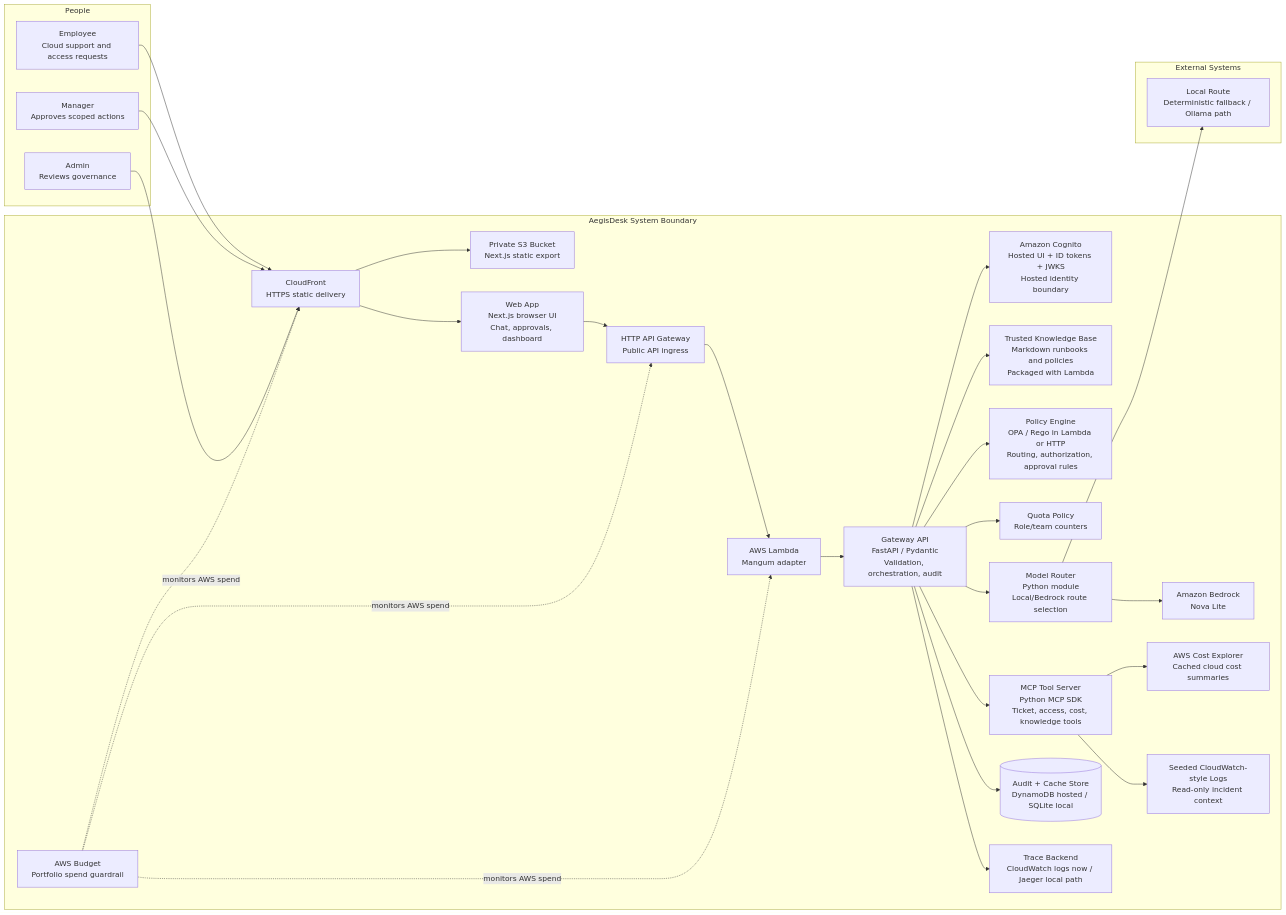
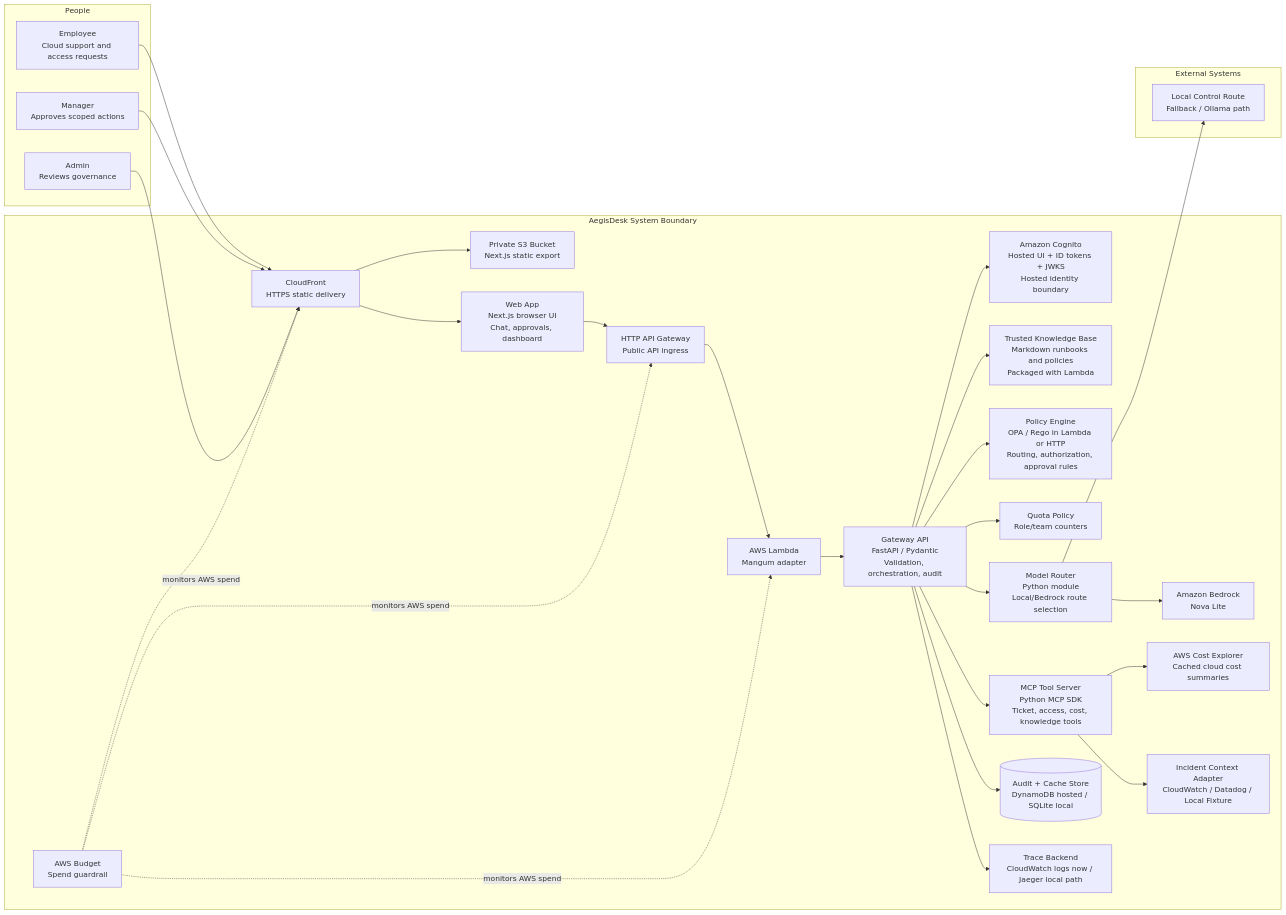
The diagram in docs/architecture.md (manynames3/aegisdesk-cloudops-control-plane), drawn with Mermaid before and after one commit. The commit also changed other lines of this file and 73 other files, not shown here.

````diff
--- a/docs/architecture.md
+++ b/docs/architecture.md
@@ -7,57 +7,57 @@
 ```mermaid
 flowchart LR
     subgraph People["People"]
         Employee["Employee<br/>Cloud support and access requests"]
         Manager["Manager<br/>Approves scoped actions"]
         Admin["Admin<br/>Reviews governance"]
     end
 
     subgraph AegisDesk["AegisDesk System Boundary"]
         CDN["CloudFront<br/>HTTPS static delivery"]
         Static["Private S3 Bucket<br/>Next.js static export"]
         Web["Web App<br/>Next.js browser UI<br/>Chat, approvals, dashboard"]
         APIGW["HTTP API Gateway<br/>Public API ingress"]
         Lambda["AWS Lambda<br/>Mangum adapter"]
         Auth["Amazon Cognito<br/>Hosted UI + ID tokens + JWKS<br/>Hosted identity boundary"]
         API["Gateway API<br/>FastAPI / Pydantic<br/>Validation, orchestration, audit"]
         Policy["Policy Engine<br/>OPA / Rego in Lambda or HTTP<br/>Routing, authorization, approval rules"]
         Knowledge["Trusted Knowledge Base<br/>Markdown runbooks and policies<br/>Packaged with Lambda"]
         Router["Model Router<br/>Python module<br/>Local/Bedrock route selection"]
         Bedrock["Amazon Bedrock<br/>Nova Lite"]
         Tools["MCP Tool Server<br/>Python MCP SDK<br/>Ticket, access, cost, knowledge tools"]
         Cost["AWS Cost Explorer<br/>Cached cloud cost summaries"]
-        Logs["Seeded CloudWatch-style Logs<br/>Read-only incident context"]
+        Logs["Incident Context Adapter<br/>CloudWatch / Datadog / Local Fixture"]
         Audit[("Audit + Cache Store<br/>DynamoDB hosted / SQLite local")]
         Quota["Quota Policy<br/>Role/team counters"]
         Trace["Trace Backend<br/>CloudWatch logs now / Jaeger local path"]
-        Budget["AWS Budget<br/>Portfolio spend guardrail"]
+        Budget["AWS Budget<br/>Spend guardrail"]
     end
 
     subgraph External["External Systems"]
-        LocalModel["Local Route<br/>Deterministic fallback / Ollama path"]
+        LocalModel["Local Control Route<br/>Fallback / Ollama path"]
     end
 
     Employee --> CDN
     Manager --> CDN
     Admin --> CDN
     CDN --> Static
     CDN --> Web
     Web --> APIGW
     APIGW --> Lambda
     Lambda --> API
     API --> Auth
     API --> Knowledge
     API --> Policy
     API --> Quota
     API --> Router
     Router --> LocalModel
     Router --> Bedrock
     API --> Tools
     Tools --> Cost
     Tools --> Logs
     API --> Audit
     API --> Trace
     Budget -.->|monitors AWS spend| CDN
     Budget -.->|monitors AWS spend| APIGW
     Budget -.->|monitors AWS spend| Lambda
 ```
````
